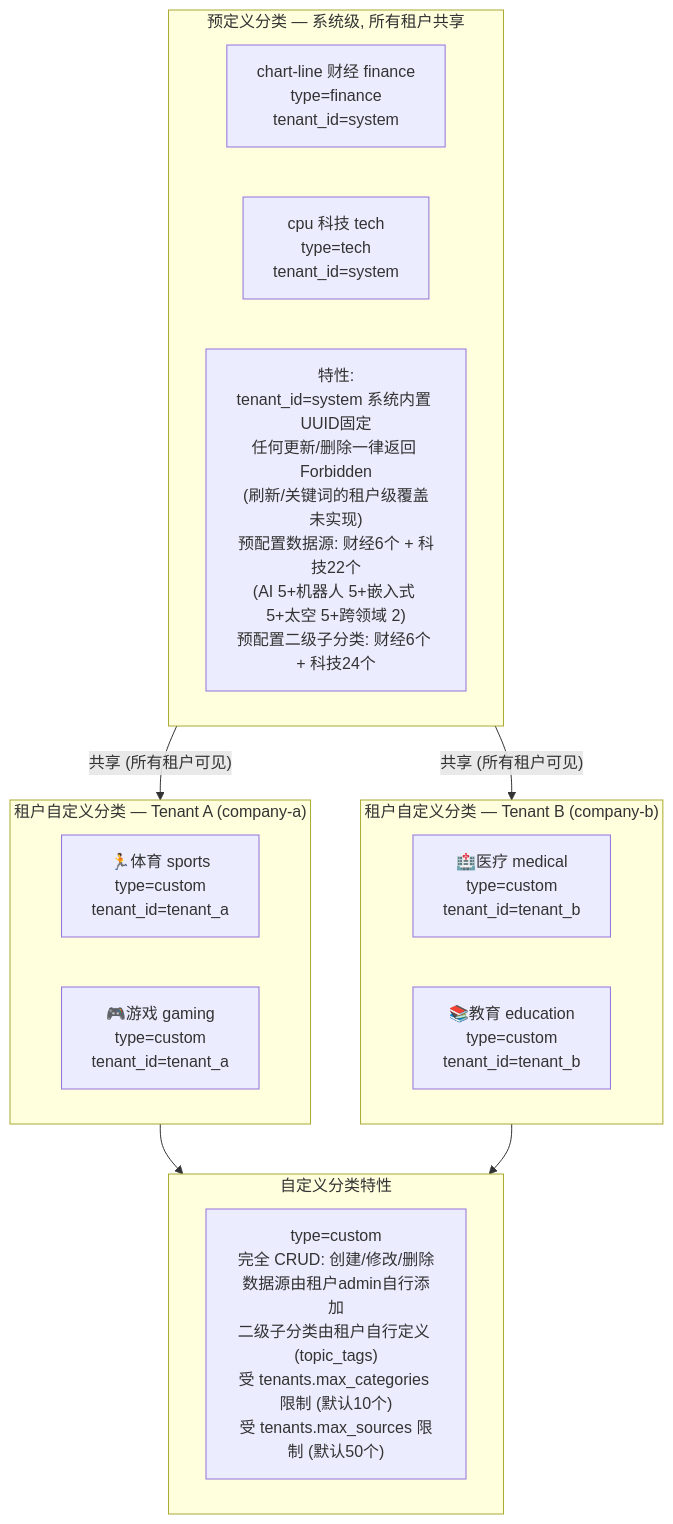
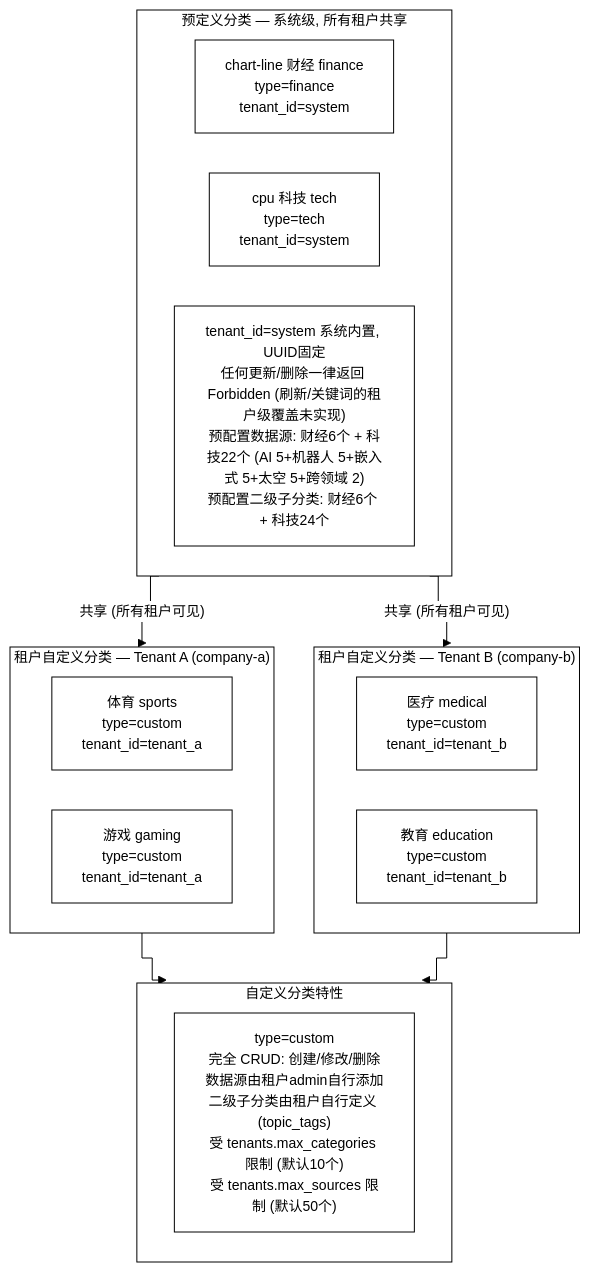
Before and after one commit to onceme/instantboard: the fourth of 6 diagrams in docs/design/content-categories.md, drawn with Mermaid. The commit also changed other lines of this file and 11 other files, not shown here.

````diff
--- a/docs/design/content-categories.md
+++ b/docs/design/content-categories.md
@@ -300,23 +323,24 @@
 ```mermaid
+%%{init: {"theme": "base", "themeVariables": {"background": "#ffffff", "primaryColor": "#ffffff", "primaryTextColor": "#000000", "primaryBorderColor": "#000000", "lineColor": "#000000", "secondaryColor": "#ffffff", "secondaryTextColor": "#000000", "secondaryBorderColor": "#000000", "tertiaryColor": "#ffffff", "tertiaryTextColor": "#000000", "tertiaryBorderColor": "#000000", "edgeLabelBackground": "#ffffff", "textColor": "#000000", "nodeTextColor": "#000000", "mainBkg": "#ffffff", "nodeBorder": "#000000", "clusterBkg": "#ffffff", "clusterBdr": "#000000", "clusterTextColor": "#000000", "titleColor": "#000000", "fontSize": "14px"}, "flowchart": {"curve": "step", "nodeSpacing": 40, "rankSpacing": 50, "wrappingWidth": 180, "useMaxWidth": true}}}%%
 graph TD
     subgraph system["预定义分类 — 系统级, 所有租户共享"]
         sys_finance["chart-line 财经 finance<br/>type=finance<br/>tenant_id=system"]
         sys_tech["cpu 科技 tech<br/>type=tech<br/>tenant_id=system"]
-        sys_feature["特性:<br/>tenant_id=system 系统内置 UUID固定<br/>任何更新/删除一律返回 Forbidden<br/>(刷新/关键词的租户级覆盖未实现)<br/>预配置数据源: 财经6个 + 科技22个<br/>(AI 5+机器人 5+嵌入式 5+太空 5+跨领域 2)<br/>预配置二级子分类: 财经6个 + 科技24个"]
+        sys_feature["tenant_id=system 系统内置, UUID固定<br/>任何更新/删除一律返回 Forbidden (刷新/关键词的租户级覆盖未实现)<br/>预配置数据源: 财经6个 + 科技22个 (AI 5+机器人 5+嵌入式 5+太空 5+跨领域 2)<br/>预配置二级子分类: 财经6个 + 科技24个"]
     end
     subgraph tenant_a["租户自定义分类 — Tenant A (company-a)"]
-        ta_sports["🏃体育 sports<br/>type=custom<br/>tenant_id=tenant_a"]
-        ta_gaming["🎮游戏 gaming<br/>type=custom<br/>tenant_id=tenant_a"]
+        ta_sports["体育 sports<br/>type=custom<br/>tenant_id=tenant_a"]
+        ta_gaming["游戏 gaming<br/>type=custom<br/>tenant_id=tenant_a"]
     end
     subgraph tenant_b["租户自定义分类 — Tenant B (company-b)"]
-        tb_medical["🏥医疗 medical<br/>type=custom<br/>tenant_id=tenant_b"]
-        tb_edu["📚教育 education<br/>type=custom<br/>tenant_id=tenant_b"]
+        tb_medical["医疗 medical<br/>type=custom<br/>tenant_id=tenant_b"]
+        tb_edu["教育 education<br/>type=custom<br/>tenant_id=tenant_b"]
     end
     subgraph custom_feature["自定义分类特性"]
         cf["type=custom<br/>完全 CRUD: 创建/修改/删除<br/>数据源由租户admin自行添加<br/>二级子分类由租户自行定义 (topic_tags)<br/>受 tenants.max_categories 限制 (默认10个)<br/>受 tenants.max_sources 限制 (默认50个)"]
     end
     system -->|"共享 (所有租户可见)"| tenant_a
     system -->|"共享 (所有租户可见)"| tenant_b
     tenant_a --> custom_feature
     tenant_b --> custom_feature
 ```
````
